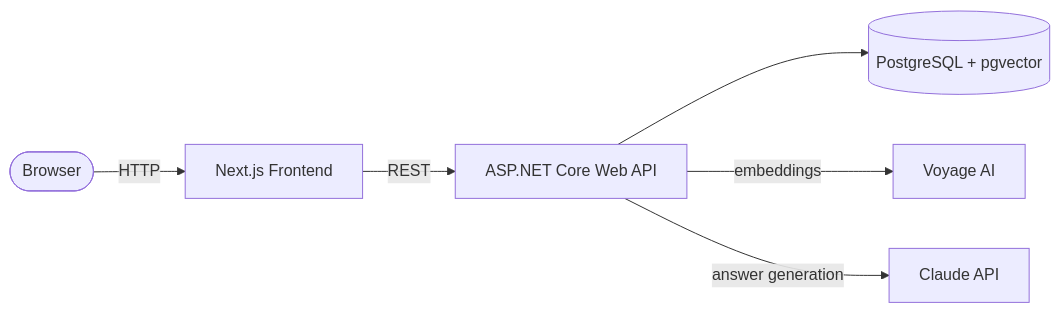
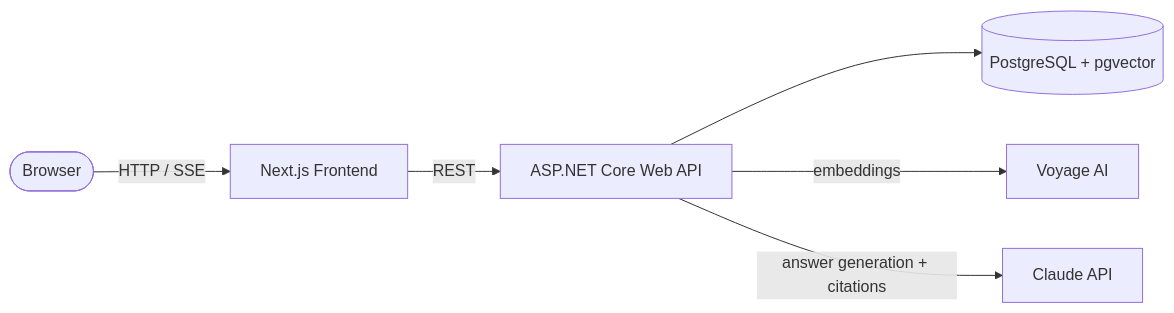
The diagram in README.md (kainattarrar/chat-with-docs), drawn with Mermaid before and after one commit. The commit also changed other lines of this file, not shown here.

Commit message:
docs: update README to reflect full project (clean architecture, chat, citations, history)

````diff
--- a/README.md
+++ b/README.md
@@ -29,8 +35,8 @@
 ```mermaid
 flowchart LR
-    User([Browser]) -->|HTTP| FE[Next.js Frontend]
+    User([Browser]) -->|HTTP / SSE| FE[Next.js Frontend]
     FE -->|REST| API[ASP.NET Core Web API]
     API --> PG[(PostgreSQL + pgvector)]
     API -->|embeddings| Voyage[Voyage AI]
-    API -->|answer generation| Claude[Claude API]
+    API -->|answer generation + citations| Claude[Claude API]
 ```
````
